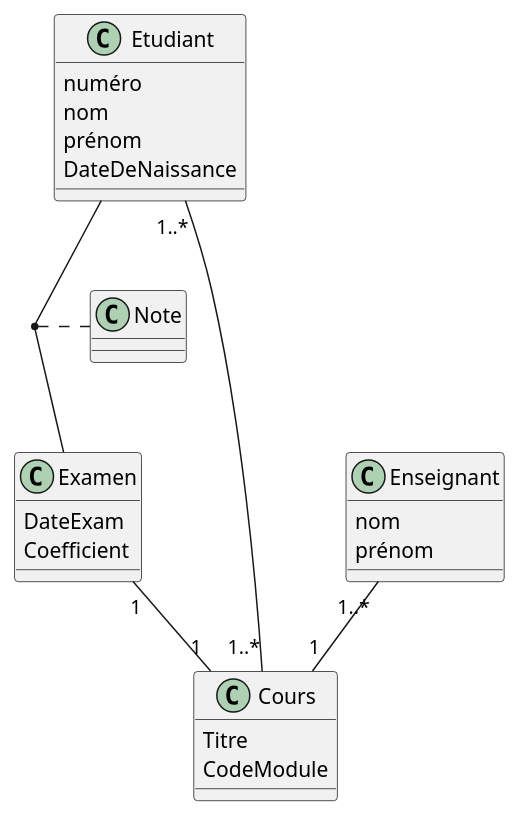
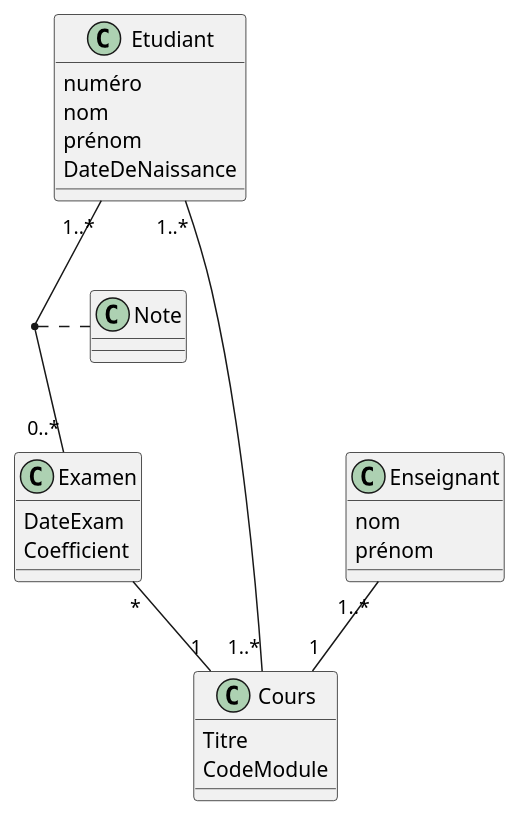
One commit to IUT-Blagnac/bcoo-AMXBen changed the diagram in DiagrammeClasseExamen.plantuml. Above: the diagram before and after it, drawn with PlantUML.

Commit message:
Fix #1.2.1
Modifications classes associations

```diff
--- a/DiagrammeClasseExamen.plantuml
+++ b/DiagrammeClasseExamen.plantuml
@@ -1,33 +1,32 @@
 @startuml ClassExam
 
 class Etudiant{
     numéro
     nom
     prénom
     DateDeNaissance
 }
 
 class Cours{
     Titre
     CodeModule
 }
 
 class Examen{
     DateExam
     Coefficient
 }
 
 class Enseignant{
     nom
     prénom
 }
 
-(Etudiant, Examen) .. Note
-
-
+Etudiant "1..*" -- "0..*" Examen 
 Etudiant "1..*" -- "1..*" Cours
 Enseignant "1..*" -- "1" Cours
-Examen "1" -- "1" Cours
+Examen "*" -- "1" Cours
+(Etudiant, Examen) . Note
 
 
 @enduml
```
